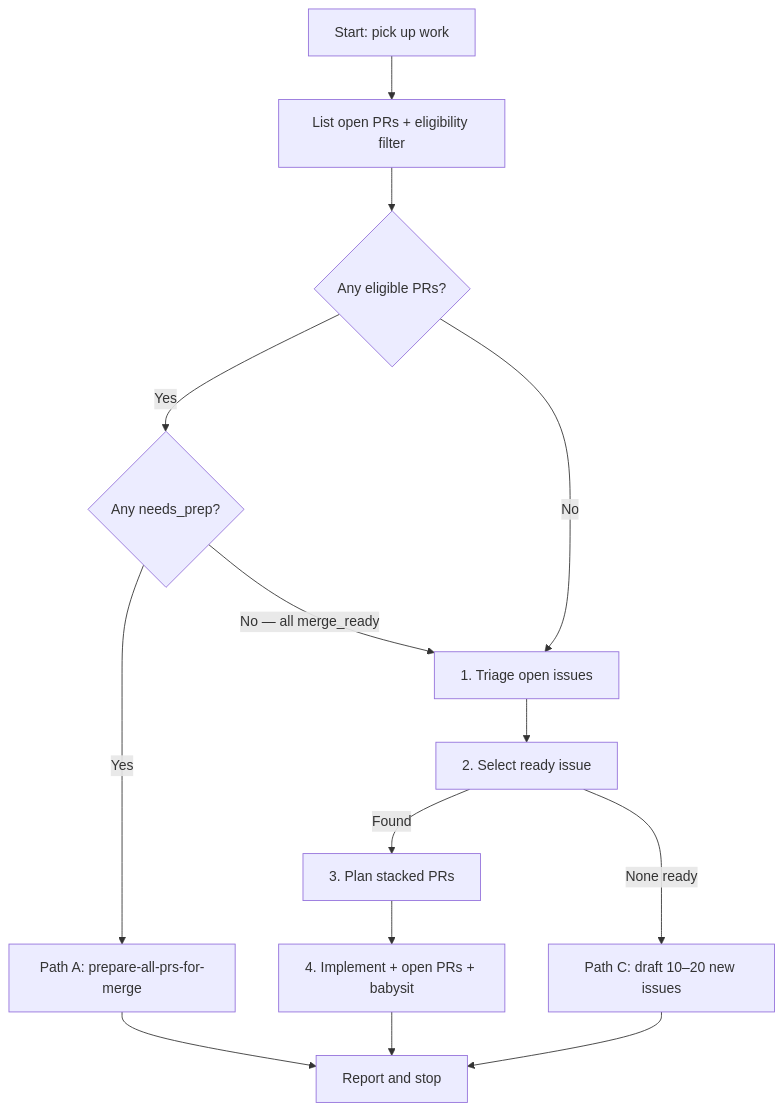
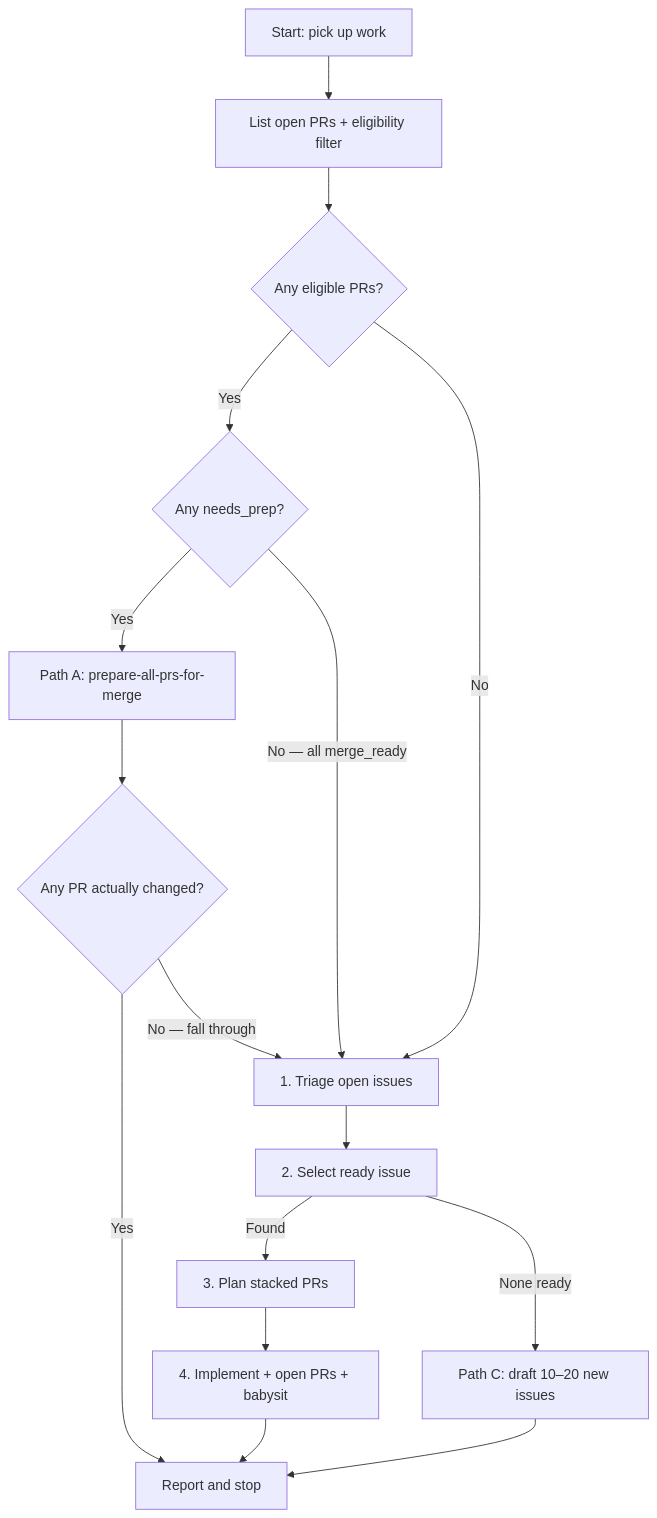
Before and after one commit to toadslop/rtl88x2bu-linux-driver: the diagram in .cursor/skills/pick-up-work-item/SKILL.md, drawn with Mermaid. The commit also changed other lines of this file and 1 other file, not shown here.

First line of the commit message:
docs(skills): fall through to issues when Path A changes no PRs

````diff
--- a/.cursor/skills/pick-up-work-item/SKILL.md
+++ b/.cursor/skills/pick-up-work-item/SKILL.md
@@ -104,16 +126,18 @@
 ```mermaid
 flowchart TD
   A[Start: pick up work] --> B[List open PRs + eligibility filter]
   B --> C{Any eligible PRs?}
   C -->|Yes| C2{Any needs_prep?}
   C2 -->|Yes| D[Path A: prepare-all-prs-for-merge]
-  D --> Z[Report and stop]
+  D --> D2{Any PR actually changed?}
+  D2 -->|Yes| Z[Report and stop]
+  D2 -->|No — fall through| E
   C2 -->|No — all merge_ready| E[1. Triage open issues]
   C -->|No| E
   E --> F[2. Select ready issue]
   F -->|Found| G[3. Plan stacked PRs]
   G --> H[4. Implement + open PRs + babysit]
   H --> Z
   F -->|None ready| I[Path C: draft 10–20 new issues]
   I --> Z
 ```
````
